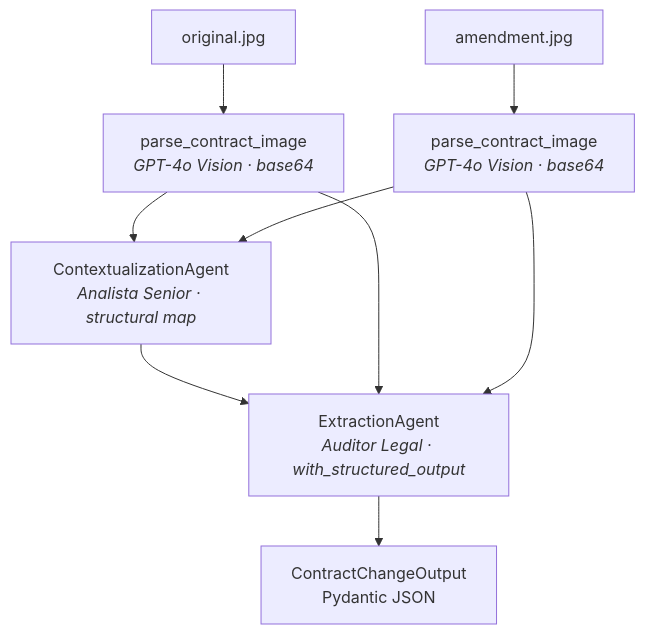
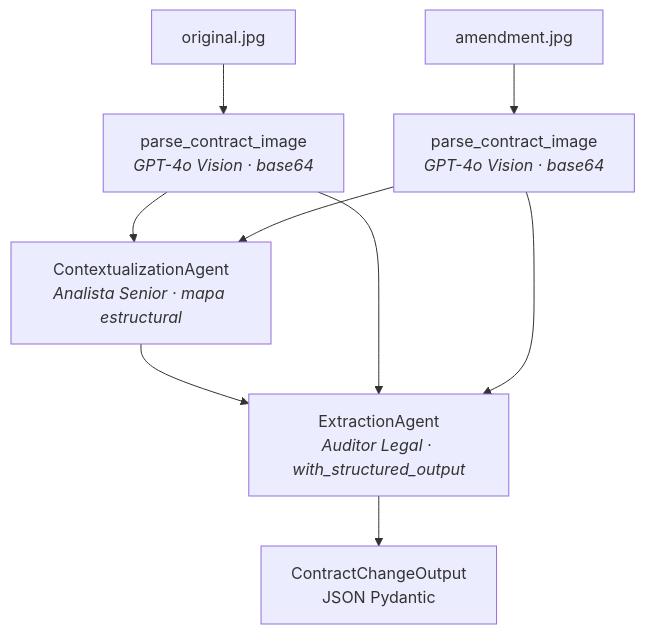
The diagram in README.md (maxi-micheli-hg/aem4-contract-change-detector), drawn with Mermaid before and after one commit. The commit also changed other lines of this file and 10 other files, not shown here.

````diff
--- a/README.md
+++ b/README.md
@@ -9,11 +9,11 @@
 ```mermaid
 flowchart TD
     A1[original.jpg] --> P1
     A2[amendment.jpg] --> P2
     P1[parse_contract_image<br/><i>GPT-4o Vision · base64</i>] --> CTX
     P2[parse_contract_image<br/><i>GPT-4o Vision · base64</i>] --> CTX
-    CTX[ContextualizationAgent<br/><i>Analista Senior · structural map</i>] --> EXT
+    CTX[ContextualizationAgent<br/><i>Analista Senior · mapa estructural</i>] --> EXT
     P1 --> EXT
     P2 --> EXT
-    EXT[ExtractionAgent<br/><i>Auditor Legal · with_structured_output</i>] --> OUT[ContractChangeOutput<br/>Pydantic JSON]
+    EXT[ExtractionAgent<br/><i>Auditor Legal · with_structured_output</i>] --> OUT[ContractChangeOutput<br/>JSON Pydantic]
 ```
````
